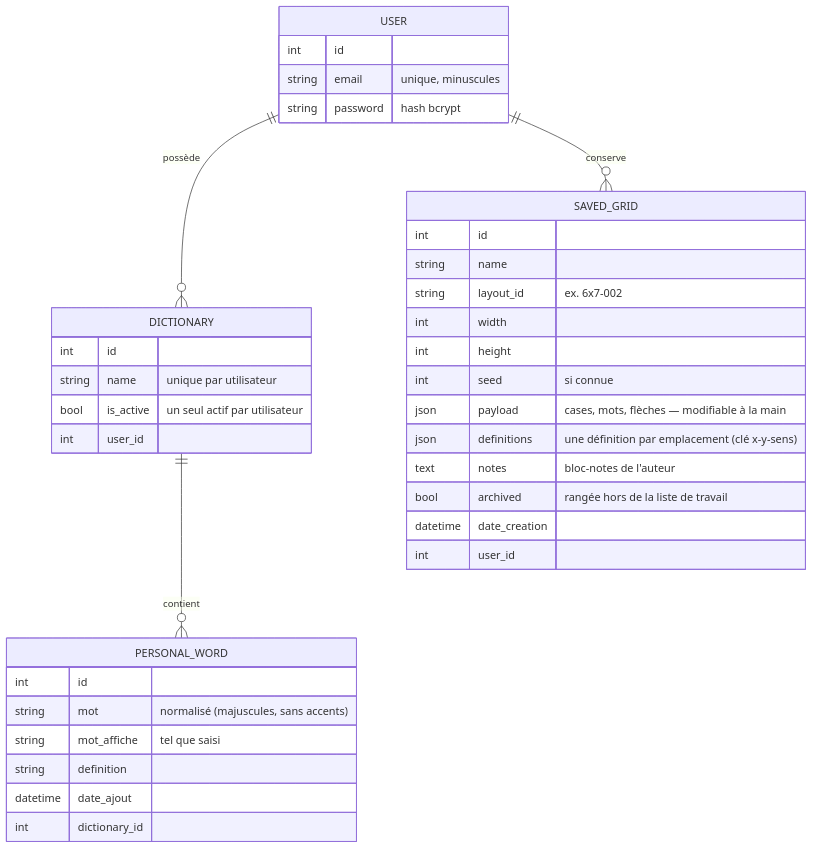
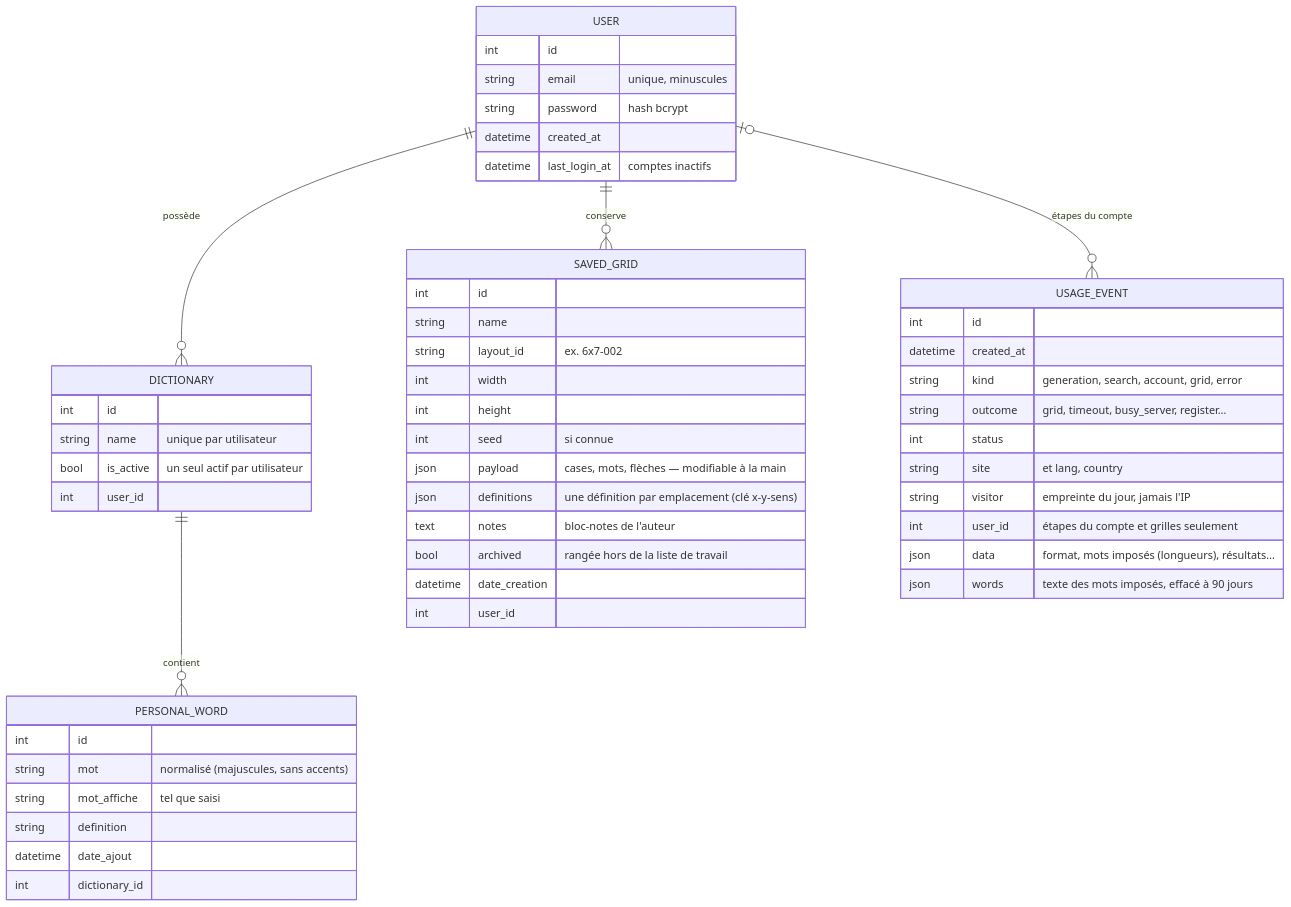
One commit to maximefd/terminator-app changed the second of 3 diagrams in docs/ARCHITECTURE.md. Above: the diagram before and after it, drawn with Mermaid. The commit also changed other lines of this file and 16 other files, not shown here.

````diff
--- a/docs/ARCHITECTURE.md
+++ b/docs/ARCHITECTURE.md
@@ -87,39 +88,54 @@
 ```mermaid
 erDiagram
     USER ||--o{ DICTIONARY : possède
     USER ||--o{ SAVED_GRID : conserve
+    USER |o--o{ USAGE_EVENT : "étapes du compte"
     DICTIONARY ||--o{ PERSONAL_WORD : contient
     USER {
         int id
         string email "unique, minuscules"
         string password "hash bcrypt"
+        datetime created_at
+        datetime last_login_at "comptes inactifs"
     }
     DICTIONARY {
         int id
         string name "unique par utilisateur"
         bool is_active "un seul actif par utilisateur"
         int user_id
     }
     PERSONAL_WORD {
         int id
         string mot "normalisé (majuscules, sans accents)"
         string mot_affiche "tel que saisi"
         string definition
         datetime date_ajout
         int dictionary_id
     }
     SAVED_GRID {
         int id
         string name
         string layout_id "ex. 6x7-002"
         int width
         int height
         int seed "si connue"
         json payload "cases, mots, flèches — modifiable à la main"
         json definitions "une définition par emplacement (clé x-y-sens)"
         text notes "bloc-notes de l'auteur"
         bool archived "rangée hors de la liste de travail"
         datetime date_creation
         int user_id
     }
+    USAGE_EVENT {
+        int id
+        datetime created_at
+        string kind "generation, search, account, grid, error"
+        string outcome "grid, timeout, busy_server, register…"
+        int status
+        string site "et lang, country"
+        string visitor "empreinte du jour, jamais l'IP"
+        int user_id "étapes du compte et grilles seulement"
+        json data "format, mots imposés (longueurs), résultats…"
+        json words "texte des mots imposés, effacé à 90 jours"
+    }
 ```
````
